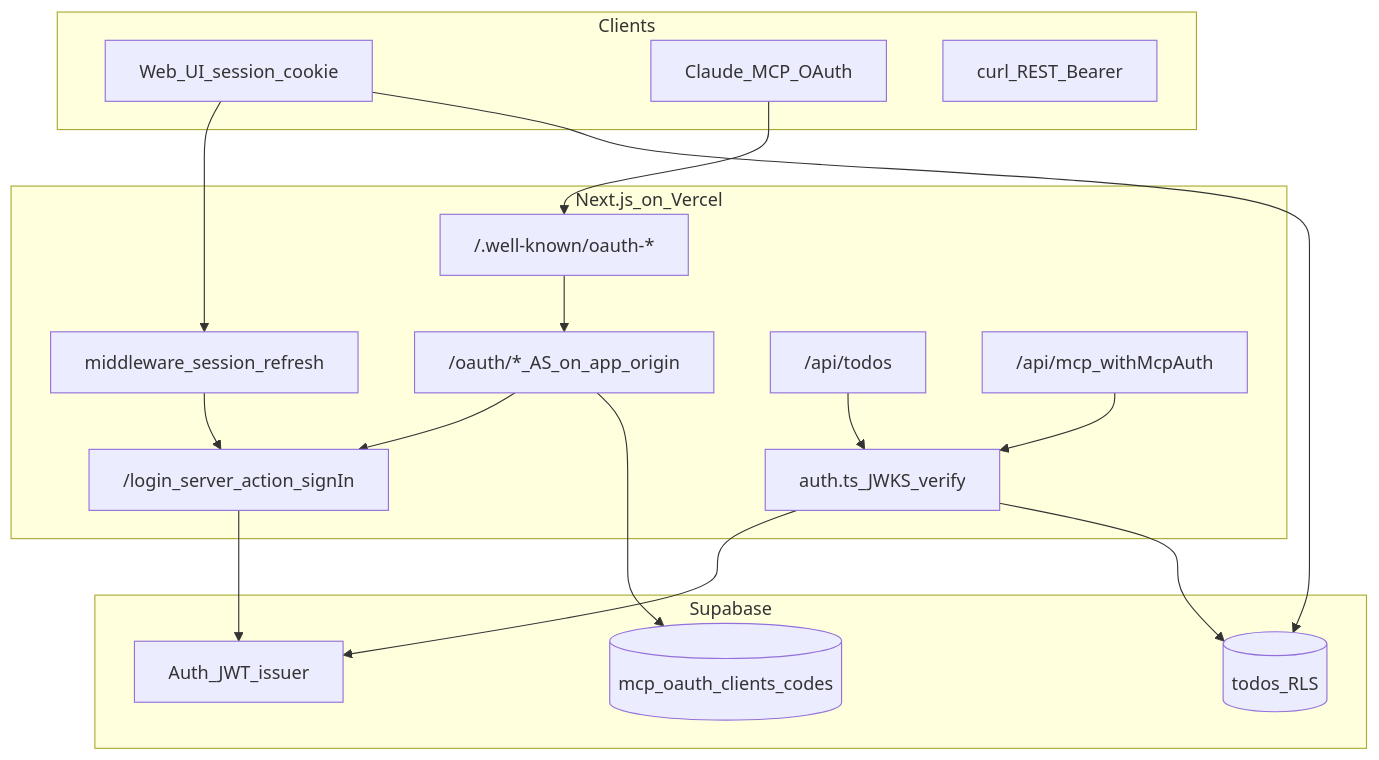
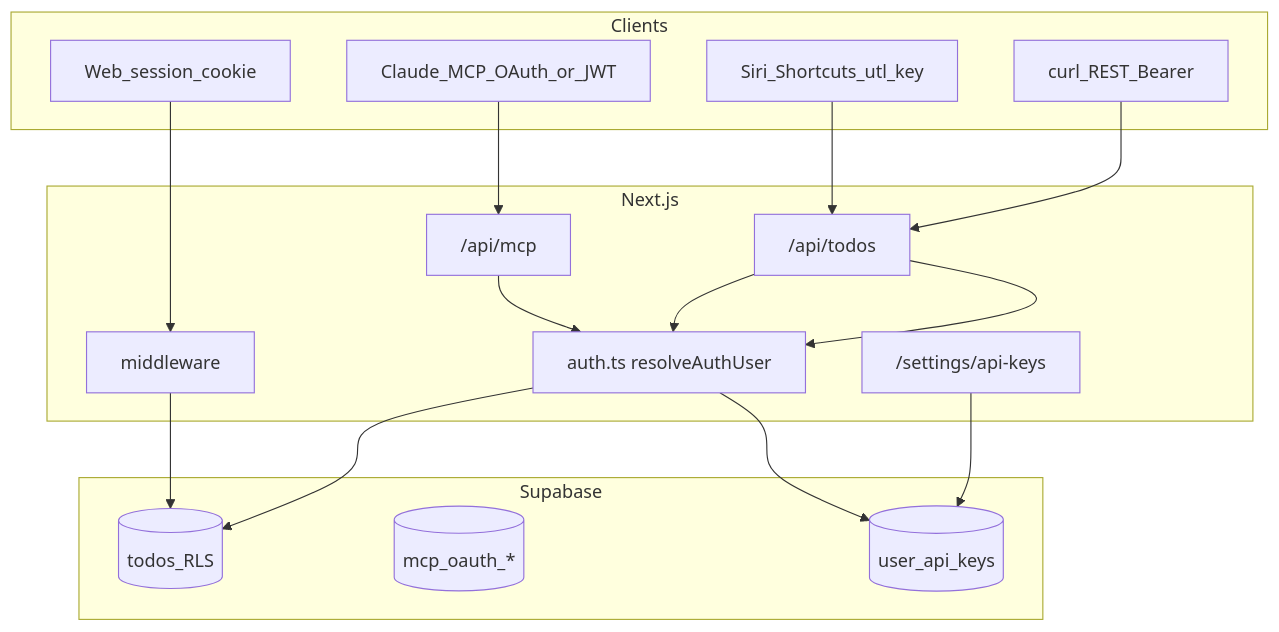
Before and after one commit to jervinjustin1984/unified-todo-list-mcp: the diagram in AGENT_HANDOFF.md, drawn with Mermaid. The commit also changed other lines of this file and 16 other files, not shown here.

````diff
--- a/AGENT_HANDOFF.md
+++ b/AGENT_HANDOFF.md
@@ -16,31 +17,28 @@
 ```mermaid
 flowchart TB
   subgraph clients [Clients]
-    Web[Web_UI_session_cookie]
-    Claude[Claude_MCP_OAuth]
+    Web[Web_session_cookie]
+    Claude[Claude_MCP_OAuth_or_JWT]
+    Siri[Siri_Shortcuts_utl_key]
     Curl[curl_REST_Bearer]
   end
-  subgraph vercel [Next.js_on_Vercel]
-    MW[middleware_session_refresh]
-    Login["/login_server_action_signIn"]
-    OAuth["/oauth/*_AS_on_app_origin"]
-    WellKnown["/.well-known/oauth-*"]
+  subgraph vercel [Next.js]
+    MW[middleware]
     REST["/api/todos"]
-    MCP["/api/mcp_withMcpAuth"]
-    Verify[auth.ts_JWKS_verify]
+    MCP["/api/mcp"]
+    AuthLib["auth.ts resolveAuthUser"]
+    Keys["/settings/api-keys"]
   end
   subgraph supa [Supabase]
-    Auth[Auth_JWT_issuer]
-    PG[(todos_RLS)]
-    OAuthTables[(mcp_oauth_clients_codes)]
+    Todos[(todos_RLS)]
+    OAuthT[(mcp_oauth_*)]
+    KeyT[(user_api_keys)]
   end
-  Web --> MW --> Login
-  Claude --> WellKnown --> OAuth
-  OAuth --> Login
-  OAuth --> OAuthTables
-  Login --> Auth
-  MCP --> Verify --> Auth
-  REST --> Verify
-  Verify --> PG
-  Web --> PG
+  Web --> MW --> Todos
+  Claude --> MCP --> AuthLib
+  Siri --> REST --> AuthLib
+  Curl --> REST --> AuthLib
+  AuthLib --> Todos
+  AuthLib --> KeyT
+  Keys --> KeyT
 ```
````
